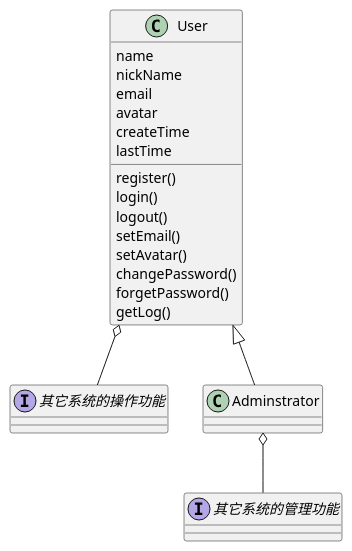
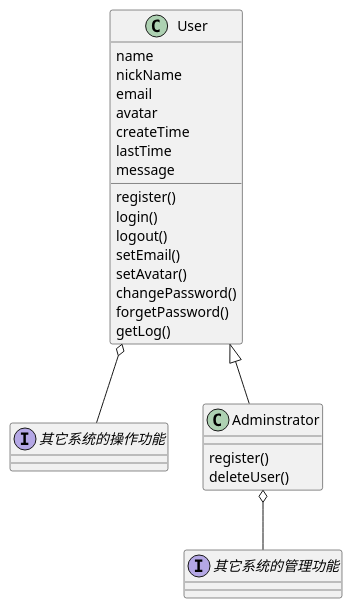
The first of 3 diagrams in doc/用户系统的设计.md (alwxkxk/akoa), drawn with PlantUML before and after one commit. The commit also changed 6 other files, not shown here.

````diff
--- a/doc/用户系统的设计.md
+++ b/doc/用户系统的设计.md
@@ -25,26 +25,32 @@
 ```puml
 @startuml
 interface 其它系统的操作功能
 interface 其它系统的管理功能
 class User {
   name
   nickName
   email
   avatar
   createTime
   lastTime
+  message
   register()
   login()
   logout()
   setEmail()
   setAvatar()
   changePassword()
   forgetPassword()
   getLog()
 }
 
+class Adminstrator{
+	register()
+	deleteUser()
+}
+
 User <|-- Adminstrator
 User o-- 其它系统的操作功能
 Adminstrator o-- 其它系统的管理功能
 @enduml
 ```
````
